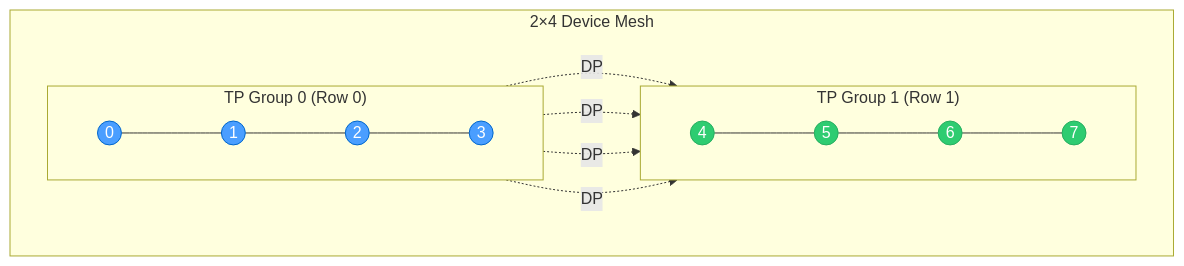
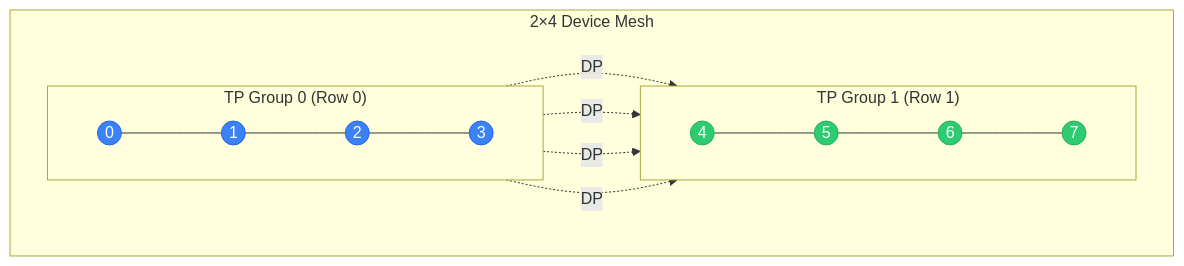
Before and after one commit to ttsugriy/distributed-training-book: the diagram in docs/composition/23-device-mesh.md, drawn with Mermaid. The commit also changed 2 other files, not shown here.

Commit message:
Improve Mermaid diagram styling
- Add CSS to replace gray subgraph backgrounds with subtle blue tints
- Add light/dark mode support for Mermaid elements
- Update harsh blue (#4a9eff) to softer blue (#3b82f6) matching theme
- Improve node stroke widths and edge styling

````diff
--- a/docs/composition/23-device-mesh.md
+++ b/docs/composition/23-device-mesh.md
@@ -75,27 +75,27 @@
 ```mermaid
 flowchart TB
     subgraph mesh["2×4 Device Mesh"]
         subgraph tp0["TP Group 0 (Row 0)"]
             direction LR
             G0((0)) --- G1((1)) --- G2((2)) --- G3((3))
         end
         subgraph tp1["TP Group 1 (Row 1)"]
             direction LR
             G4((4)) --- G5((5)) --- G6((6)) --- G7((7))
         end
     end
 
     G0 -.->|DP| G4
     G1 -.->|DP| G5
     G2 -.->|DP| G6
     G3 -.->|DP| G7
 
-    style G0 fill:#4a9eff,stroke:#0066cc,color:white
-    style G1 fill:#4a9eff,stroke:#0066cc,color:white
-    style G2 fill:#4a9eff,stroke:#0066cc,color:white
-    style G3 fill:#4a9eff,stroke:#0066cc,color:white
+    style G0 fill:#3b82f6,stroke:#2563eb,color:white
+    style G1 fill:#3b82f6,stroke:#2563eb,color:white
+    style G2 fill:#3b82f6,stroke:#2563eb,color:white
+    style G3 fill:#3b82f6,stroke:#2563eb,color:white
     style G4 fill:#2ecc71,stroke:#27ae60,color:white
     style G5 fill:#2ecc71,stroke:#27ae60,color:white
     style G6 fill:#2ecc71,stroke:#27ae60,color:white
     style G7 fill:#2ecc71,stroke:#27ae60,color:white
 ```
````
